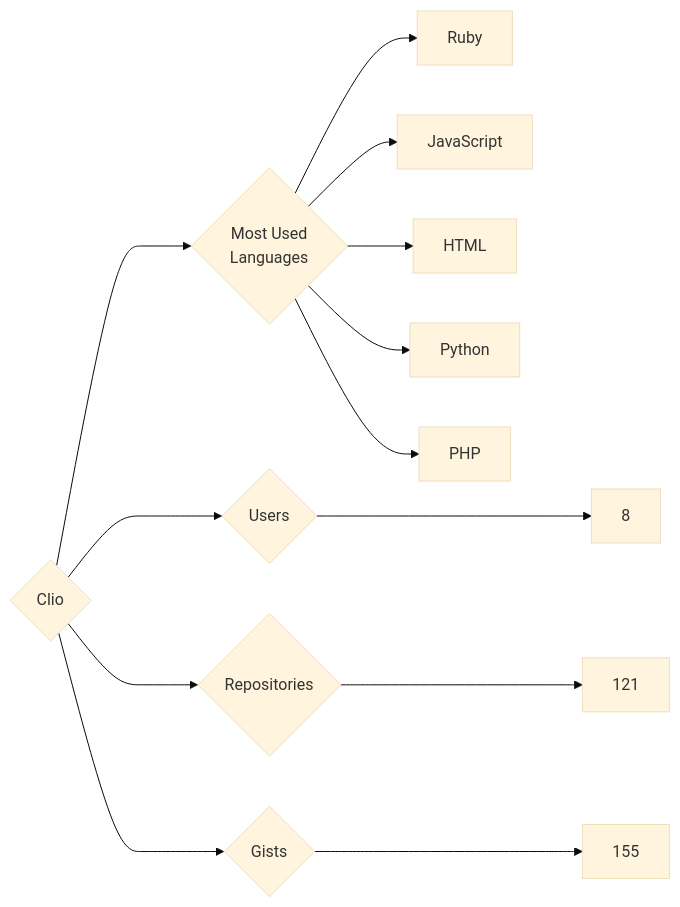
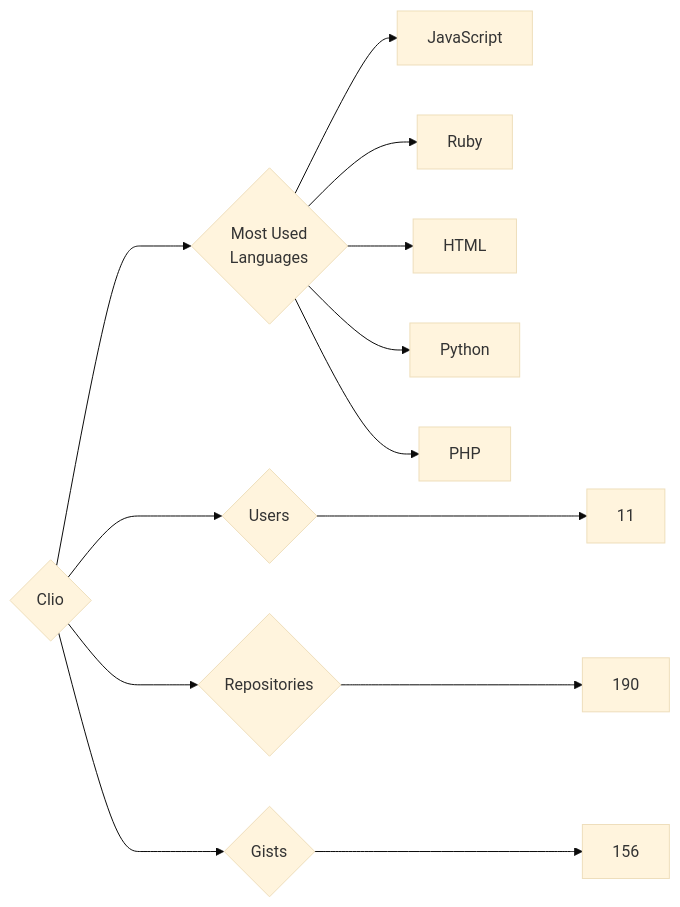
One commit to trickest/insiders changed the diagram in targets/Clio/README.md. Above: the diagram before and after it, drawn with Mermaid (base theme). The commit also changed 838 other files, not shown here.

````diff
--- a/targets/Clio/README.md
+++ b/targets/Clio/README.md
@@ -3,13 +3,13 @@
 ```mermaid
 graph LR
 COMPANY_NAME{Clio}
-COMPANY_NAME ---> U{Users} ---> UN[8]
-COMPANY_NAME ---> R{Repositories} ---> RN[121]
-COMPANY_NAME ---> G{Gists} ---> GN[155]
+COMPANY_NAME ---> U{Users} ---> UN[11]
+COMPANY_NAME ---> R{Repositories} ---> RN[190]
+COMPANY_NAME ---> G{Gists} ---> GN[156]
 COMPANY_NAME ---> ML{Most Used<br>Languages}
+ML --> JavaScript[JavaScript]
 ML --> Ruby[Ruby]
-ML --> JavaScript[JavaScript]
 ML --> HTML[HTML]
 ML --> Python[Python]
 ML --> PHP[PHP]
 ```
````
